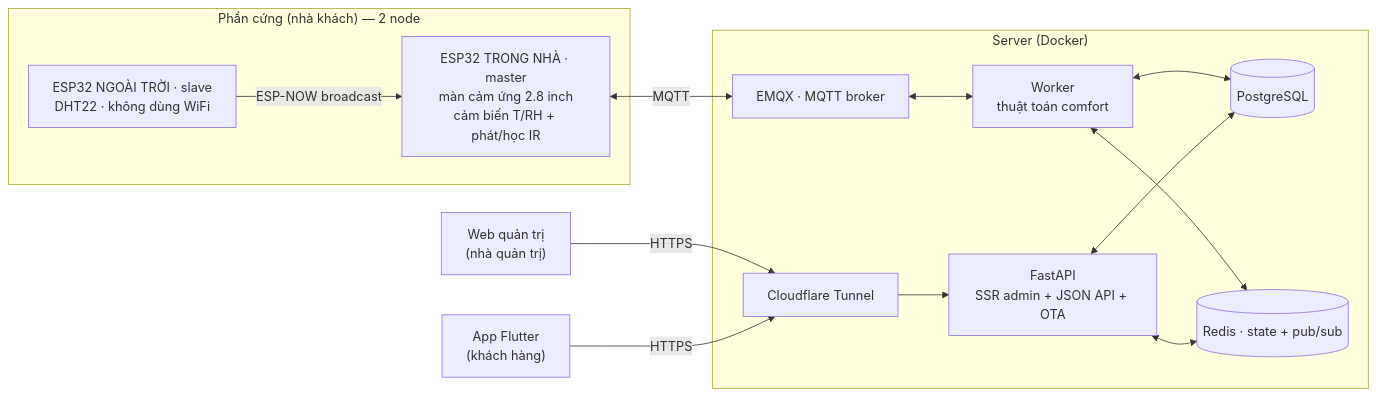
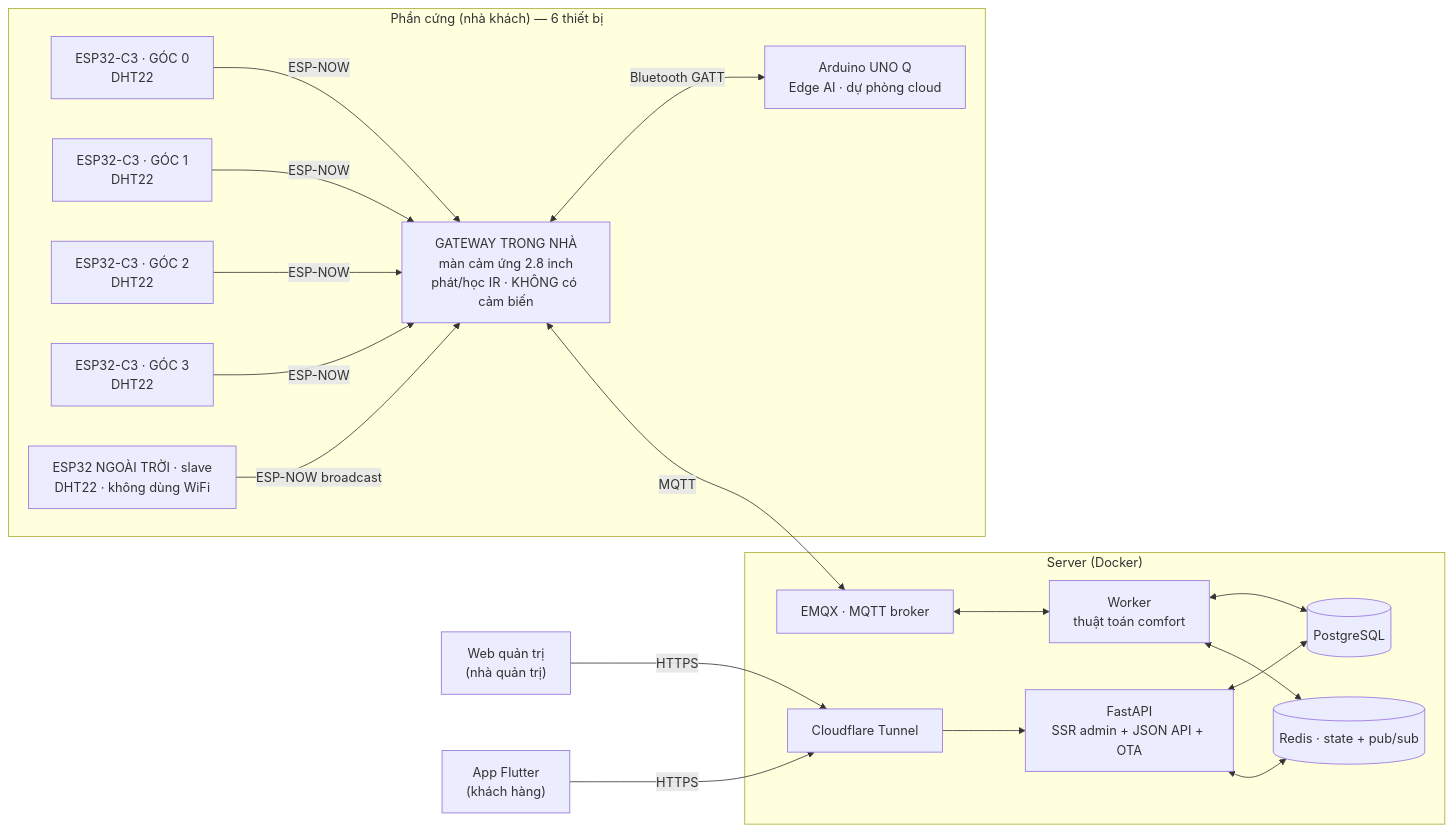
One commit to 52Ducst25/BREEZELINK changed the diagram in README.md. Above: the diagram before and after it, drawn with Mermaid. The commit also changed other lines of this file and 62 other files, not shown here.

````diff
--- a/README.md
+++ b/README.md
@@ -88,28 +94,38 @@
 ```mermaid
 flowchart LR
-  subgraph Edge["Phần cứng (nhà khách) — 2 node"]
+  subgraph Edge["Phần cứng (nhà khách) — 6 thiết bị"]
+    R0["ESP32-C3 · GÓC 0<br/>DHT22"]
+    R1["ESP32-C3 · GÓC 1<br/>DHT22"]
+    R2["ESP32-C3 · GÓC 2<br/>DHT22"]
+    R3["ESP32-C3 · GÓC 3<br/>DHT22"]
     OUT["ESP32 NGOÀI TRỜI · slave<br/>DHT22 · không dùng WiFi"]
-    ESP["ESP32 TRONG NHÀ · master<br/>màn cảm ứng 2.8 inch<br/>cảm biến T/RH + phát/học IR"]
+    ESP["GATEWAY TRONG NHÀ<br/>màn cảm ứng 2.8 inch<br/>phát/học IR · KHÔNG có cảm biến"]
+    UNOQ["Arduino UNO Q<br/>Edge AI · dự phòng cloud"]
+    R0 -->|ESP-NOW| ESP
+    R1 -->|ESP-NOW| ESP
+    R2 -->|ESP-NOW| ESP
+    R3 -->|ESP-NOW| ESP
     OUT -->|ESP-NOW broadcast| ESP
+    ESP <-->|Bluetooth GATT| UNOQ
   end
 
   subgraph Cloud["Server (Docker)"]
     MQTT["EMQX · MQTT broker"]
     API["FastAPI<br/>SSR admin + JSON API + OTA"]
     WK["Worker<br/>thuật toán comfort"]
     PG[("PostgreSQL")]
     RD[("Redis · state + pub/sub")]
     CF["Cloudflare Tunnel"]
   end
 
   ESP <-->|MQTT| MQTT
   MQTT <--> WK
   WK <--> PG
   WK <--> RD
   API <--> PG
   API <--> RD
   CF --> API
 
   WEB["Web quản trị<br/>(nhà quản trị)"] -->|HTTPS| CF
   APP["App Flutter<br/>(khách hàng)"] -->|HTTPS| CF
 ```
````
